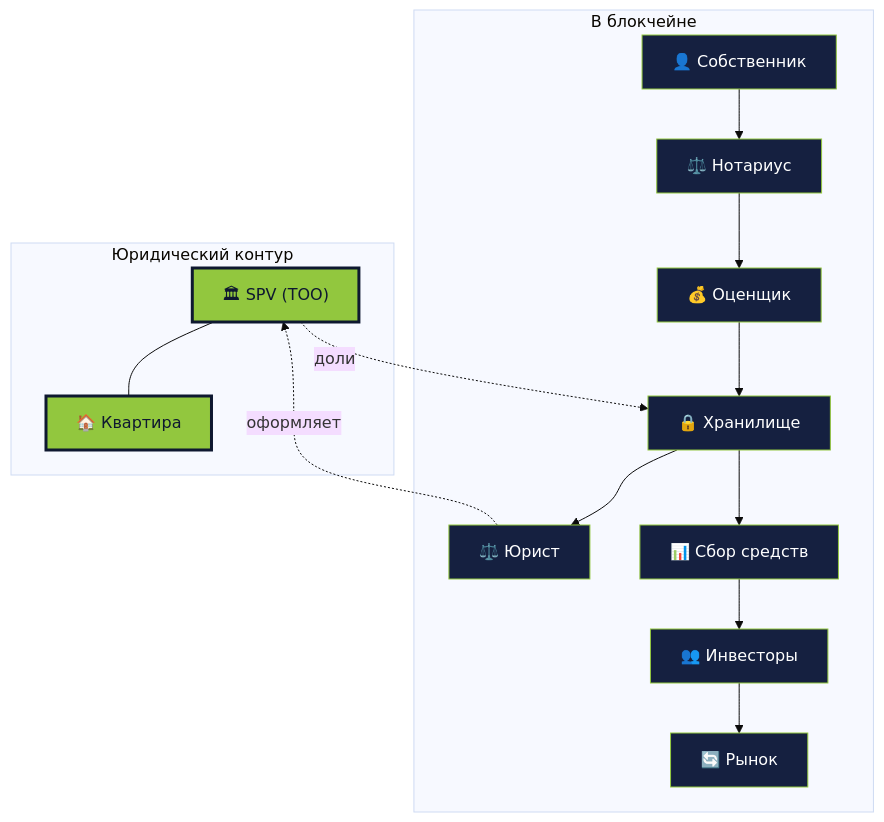
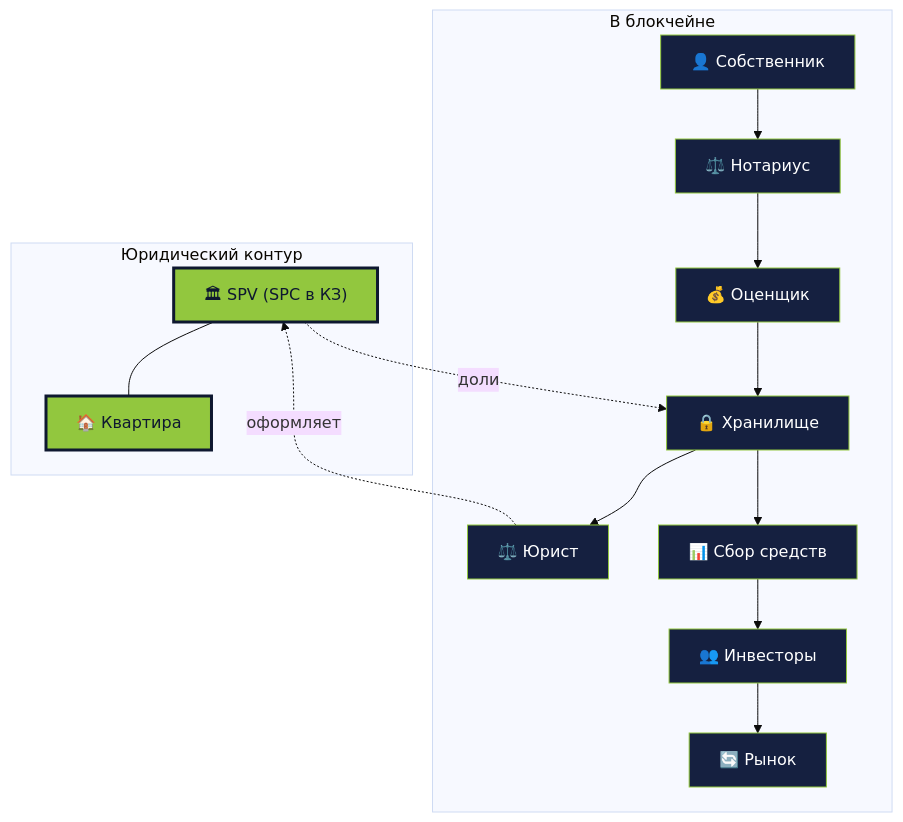
The eighth of 44 diagrams in slides.md (In-Da-Hack-Decentrathon/presentation), drawn with Mermaid (base theme) before and after one commit. The commit also changed other lines of this file and 1 other file, not shown here.

Commit message:
Spv in different countres

````diff
--- a/slides.md
+++ b/slides.md
@@ -1201,23 +1202,23 @@
 ```mermaid {scale: 0.45}
 flowchart TB
   subgraph Legal ["Юридический контур"]
-    SPV["🏛 SPV (ТОО)"]
+    SPV["🏛 SPV (SPC в КЗ)"]
     RealAsset["🏠 Квартира"]
     SPV --- RealAsset
   end
   subgraph Chain ["В блокчейне"]
     Owner["👤 Собственник"] --> Notary["⚖️ Нотариус"]
     Notary --> Appraiser["💰 Оценщик"]
     Appraiser --> Vault["🔒 Хранилище"]
     Vault --> Lawyer["⚖️ Юрист"]
     Vault --> Funding["📊 Сбор средств"]
     Funding --> Investors["👥 Инвесторы"]
     Investors --> Market["🔄 Рынок"]
   end
   Lawyer -.оформляет.-> SPV
   SPV -.доли.-> Vault
   classDef new fill:#92c73e,stroke:#0e1830,color:#0e1830,stroke-width:3px
   classDef chain fill:#152040,stroke:#92c73e,color:#ffffff
   class SPV,RealAsset new
   class Owner,Notary,Appraiser,Vault,Lawyer,Funding,Investors,Market chain
 ```
````
